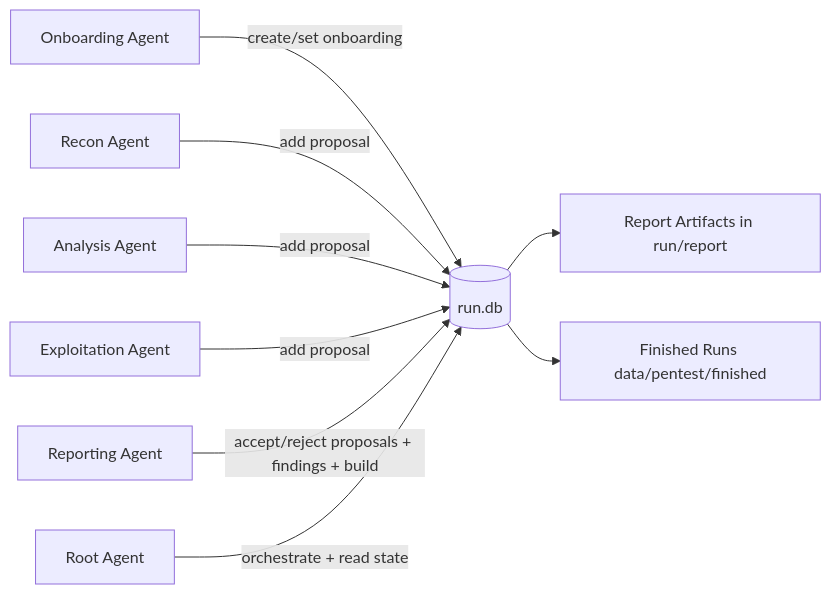
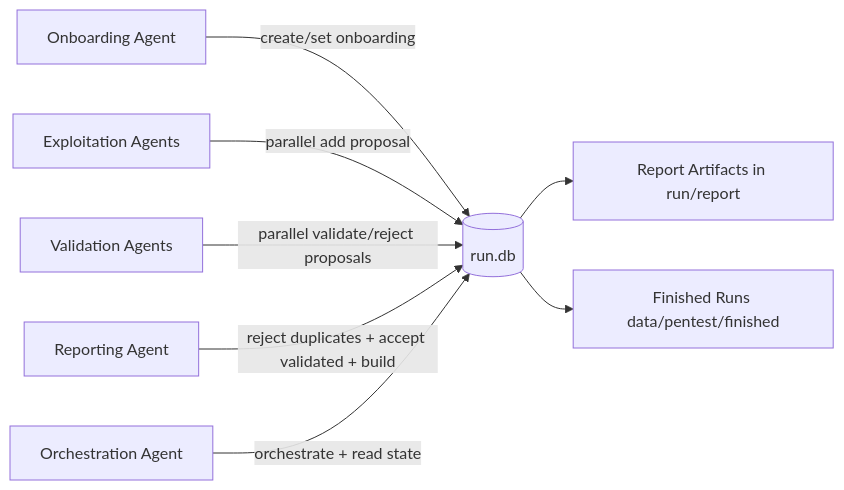
One commit to mkdirtim/FERR changed the first of 5 diagrams in features/database.md. Above: the diagram before and after it, drawn with Mermaid. The commit also changed other lines of this file and 18 other files, not shown here.

Commit message:
pentest: finalize orchestration/validation pipeline and agent contracts

````diff
--- a/features/database.md
+++ b/features/database.md
@@ -19,11 +19,10 @@
 ```mermaid
 flowchart LR
     A[Onboarding Agent] -->|create/set onboarding| DB[(run.db)]
-    B[Recon Agent] -->|add proposal| DB
-    C[Analysis Agent] -->|add proposal| DB
-    D[Exploitation Agent] -->|add proposal| DB
-    E[Reporting Agent] -->|accept/reject proposals + findings + build| DB
-    F[Root Agent] -->|orchestrate + read state| DB
+    B[Exploitation Agents] -->|parallel add proposal| DB
+    C[Validation Agents] -->|parallel validate/reject proposals| DB
+    D[Reporting Agent] -->|reject duplicates + accept validated + build| DB
+    E[Orchestration Agent] -->|orchestrate + read state| DB
     DB --> G[Report Artifacts in run/report]
     DB --> H[Finished Runs data/pentest/finished]
 ```
````
